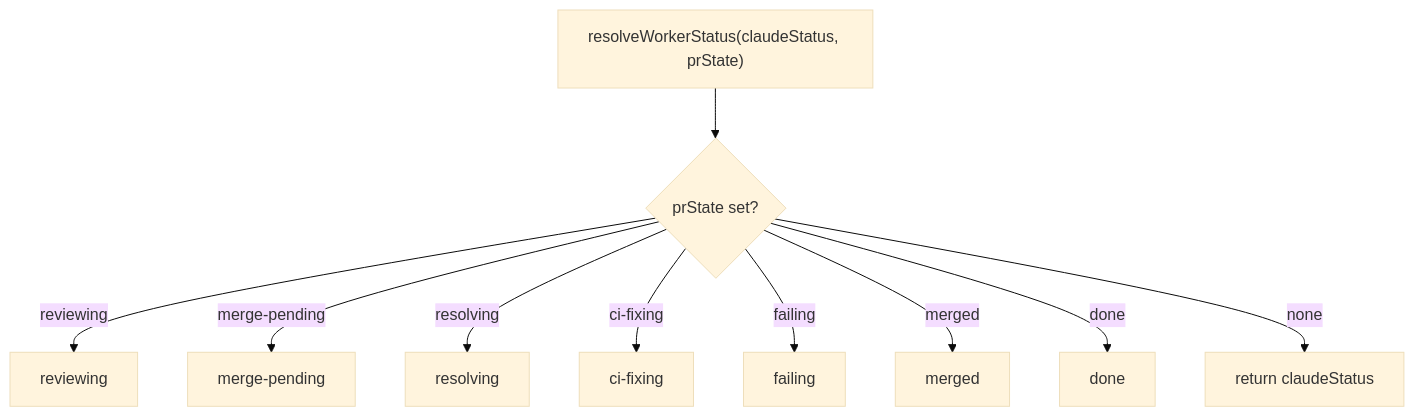
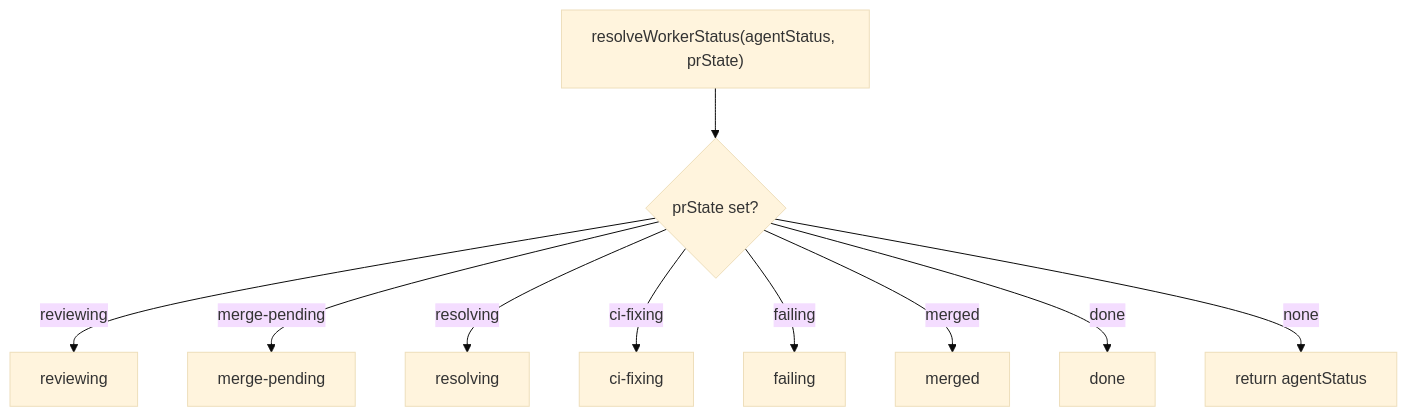
The second of 4 diagrams in docs/STATUS.md (keychanger/garden), drawn with Mermaid (base theme) before and after one commit. The commit also changed other lines of this file and 53 other files, not shown here.

````diff
--- a/docs/STATUS.md
+++ b/docs/STATUS.md
@@ -499,12 +499,12 @@
 ```mermaid
 flowchart TD
-    Start["resolveWorkerStatus(claudeStatus, prState)"] --> A{prState set?}
+    Start["resolveWorkerStatus(agentStatus, prState)"] --> A{prState set?}
     A -->|reviewing| reviewing
     A -->|merge-pending| merge_pending["merge-pending"]
     A -->|resolving| resolving
     A -->|ci-fixing| ci_fixing["ci-fixing"]
     A -->|failing| failing
     A -->|merged| merged
     A -->|done| done
-    A -->|none| B["return claudeStatus"]
+    A -->|none| B["return agentStatus"]
 ```
````
